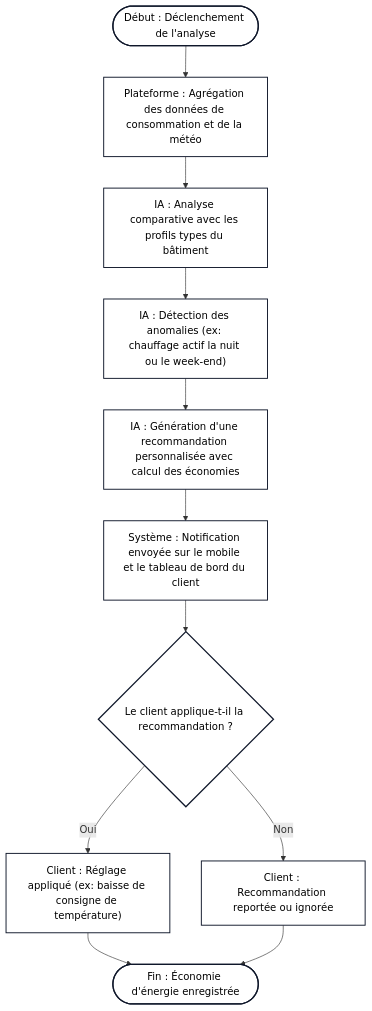
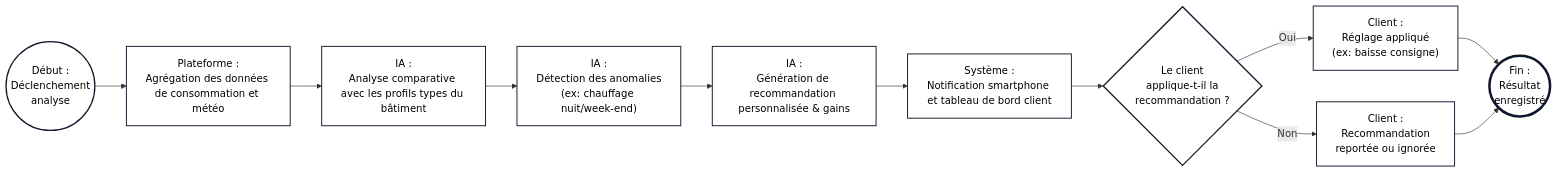
Before and after one commit to spirit0621/Master-1-SI: the second of 4 diagrams in Matière/Matiere Architecture SI/TP/Cours 2 TP Achitecture Métier/RAPPORT_ARCHI_BUSINESS_GREENBREIZH.md, drawn with Mermaid. The commit also changed other lines of this file and 19 other files, not shown here.

````diff
--- a/Matière/Matiere Architecture SI/TP/Cours 2 TP Achitecture Métier/RAPPORT_ARCHI_BUSINESS_GREENBREIZH.md
+++ b/Matière/Matiere Architecture SI/TP/Cours 2 TP Achitecture Métier/RAPPORT_ARCHI_BUSINESS_GREENBREIZH.md
@@ -94,20 +97,18 @@
 ```mermaid
-flowchart TD
-    Start2(["Début : Déclenchement de l'analyse"]) --> Collecte["Plateforme : Agrégation des données de consommation et de la météo"]
-    Collecte --> Modele["IA : Analyse comparative avec les profils types du bâtiment"]
-    Modele --> Detect["IA : Détection des anomalies (ex: chauffage actif la nuit ou le week-end)"]
-    Detect --> Genere["IA : Génération d'une recommandation personnalisée avec calcul des économies"]
-    Genere --> Notif["Système : Notification envoyée sur le mobile et le tableau de bord du client"]
-    Notif --> Action{"Le client applique-t-il la recommandation ?"}
-  
-    Action -- "Oui" --> Save["Client : Réglage appliqué (ex: baisse de consigne de température)"]
-    Action -- "Non" --> Feedback["Client : Recommandation reportée ou ignorée"]
-  
-    Save --> End2(["Fin : Économie d'énergie enregistrée"])
-    Feedback --> End2
+flowchart LR
+    p2_start(("Début :<br>Déclenchement<br>analyse")) --> p2_task1["Plateforme :<br>Agrégation des données de consommation et météo"]
+    p2_task1 --> p2_task2["IA :<br>Analyse comparative avec les profils types du bâtiment"]
+    p2_task2 --> p2_task3["IA :<br>Détection des anomalies<br>(ex: chauffage nuit/week-end)"]
+    p2_task3 --> p2_task4["IA :<br>Génération de recommandation personnalisée & gains"]
+    p2_task4 --> p2_task5["Système :<br>Notification smartphone et tableau de bord client"]
+    p2_task5 --> p2_gw{"Le client<br>applique-t-il la<br>recommandation ?"}
+    p2_gw -- "Oui" --> p2_save["Client :<br>Réglage appliqué<br>(ex: baisse consigne)"]
+    p2_gw -- "Non" --> p2_feed["Client :<br>Recommandation<br>reportée ou ignorée"]
+    p2_save --> p2_end(("Fin :<br>Résultat<br>enregistré"))
+    p2_feed --> p2_end
 
     classDef default fill:#ffffff,stroke:#0f172a,stroke-width:1.5px,color:#000000;
-    style Action fill:#ffffff,stroke:#0f172a,stroke-width:2px,color:#000000
-    style Start2 fill:#ffffff,stroke:#0f172a,stroke-width:2px,color:#000000
-    style End2 fill:#ffffff,stroke:#0f172a,stroke-width:2px,color:#000000
+    style p2_start fill:#ffffff,stroke:#0f172a,stroke-width:2px,color:#000000
+    style p2_gw fill:#ffffff,stroke:#0f172a,stroke-width:2px,color:#000000
+    style p2_end fill:#ffffff,stroke:#0f172a,stroke-width:4px,color:#000000
 ```
````
